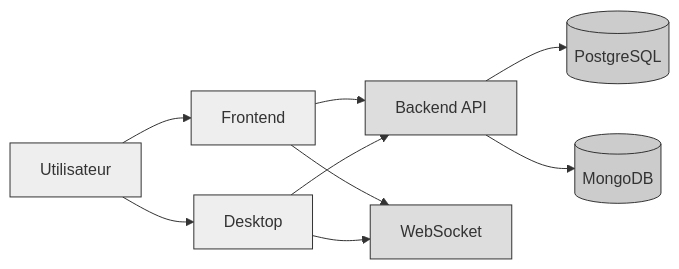
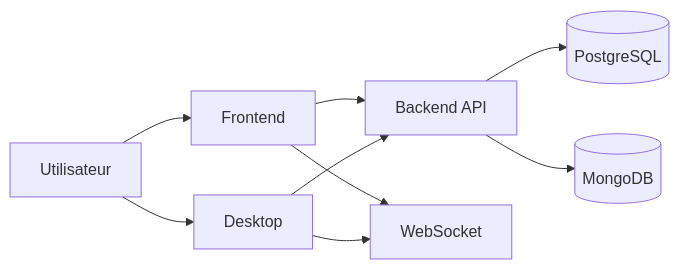
Before and after one commit to florian-billon/voisins-connect: the first of 4 diagrams in README.md, drawn with Mermaid. The commit also changed other lines of this file, not shown here.

Commit message:
docs: restore default colors for Mermaid diagrams

````diff
--- a/README.md
+++ b/README.md
@@ -233,24 +233,16 @@
 ```mermaid
 flowchart LR
     User[Utilisateur]
     Web[Frontend]
     Desktop[Desktop]
     API[Backend API]
     WS[WebSocket]
     PG[(PostgreSQL)]
     MG[(MongoDB)]
 
     User --> Web
     User --> Desktop
     Web & Desktop --> API
     Web & Desktop --> WS
     API --> PG & MG
-
-    style User fill:#eee,stroke:#333
-    style Web fill:#eee,stroke:#333
-    style Desktop fill:#eee,stroke:#333
-    style API fill:#ddd,stroke:#333
-    style WS fill:#ddd,stroke:#333
-    style PG fill:#ccc,stroke:#333
-    style MG fill:#ccc,stroke:#333
 ```
````
